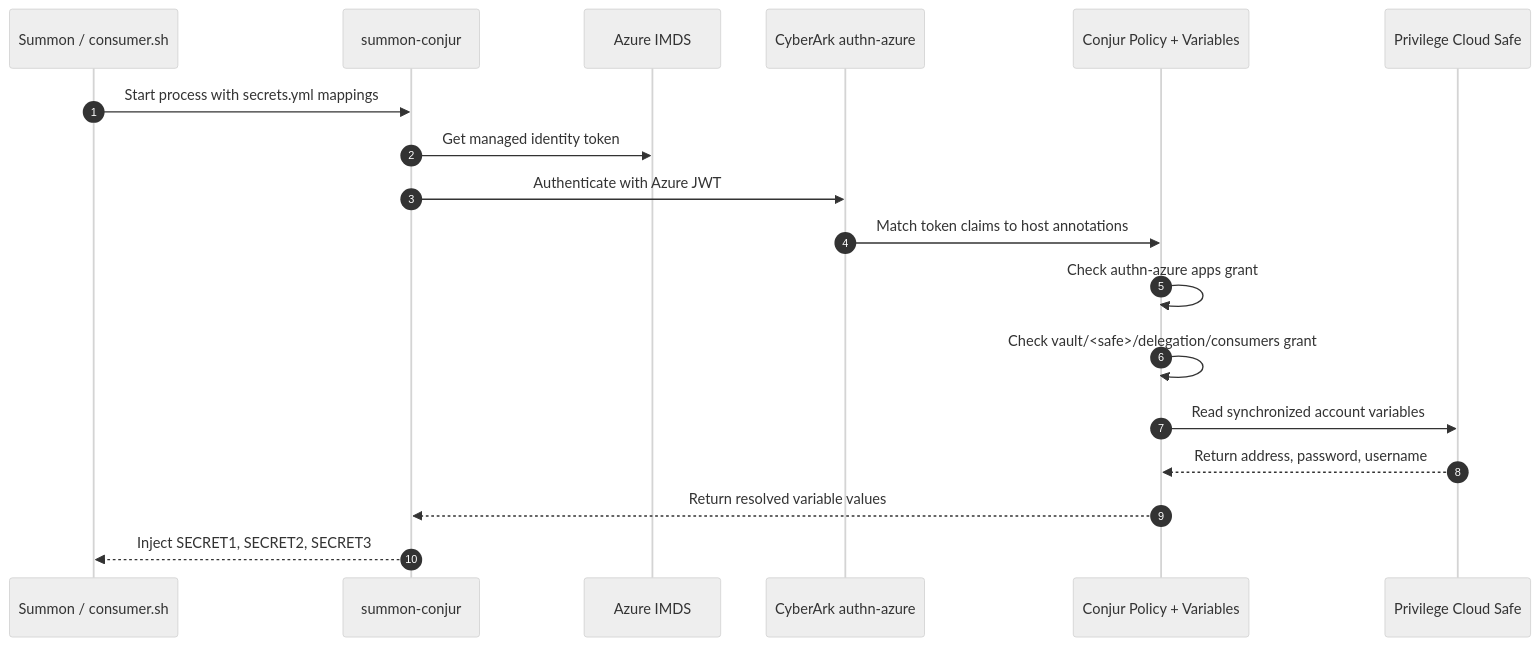
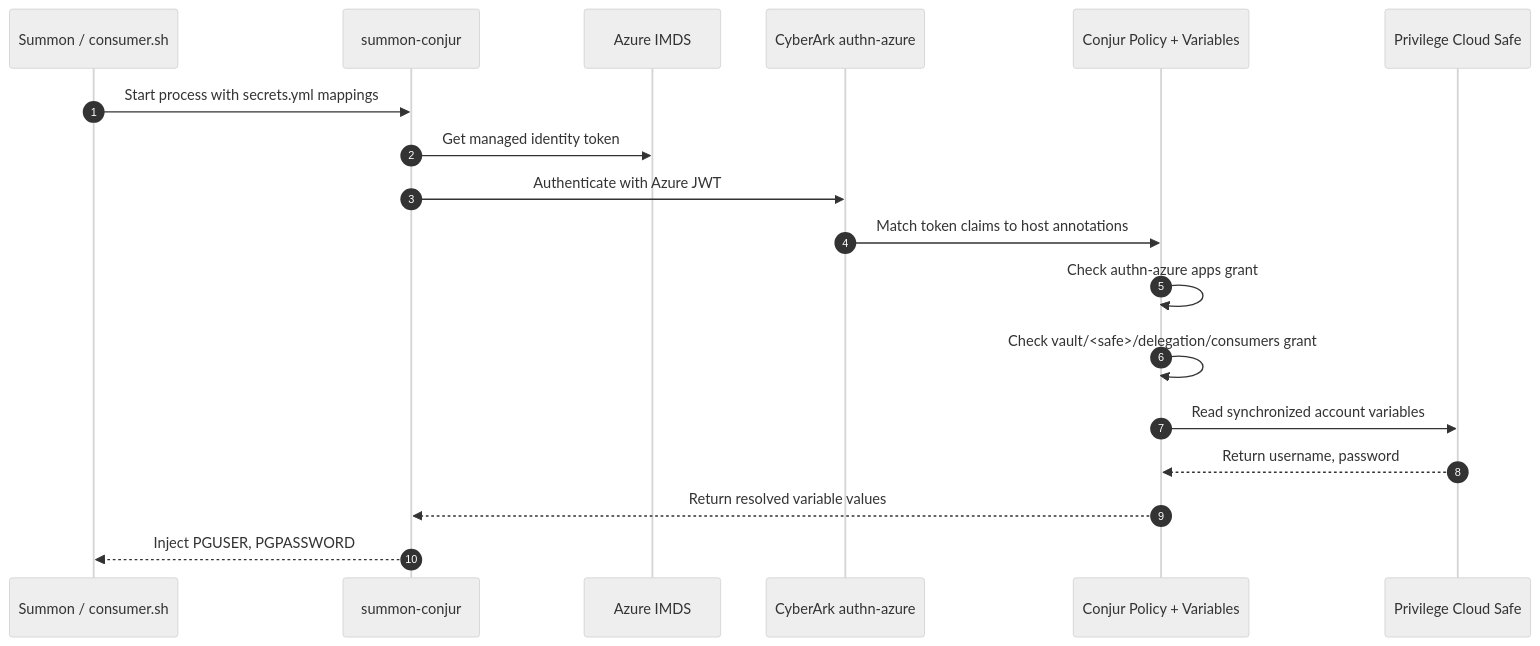
The diagram in demos/secrets_manager/summon_azure_auth/demo_validation.md (David-Lang/cybr-demos), drawn with Mermaid (neutral theme) before and after one commit. The commit also changed other lines of this file and 29 other files, not shown here.

````diff
--- a/demos/secrets_manager/summon_azure_auth/demo_validation.md
+++ b/demos/secrets_manager/summon_azure_auth/demo_validation.md
@@ -49,21 +55,21 @@
 ```mermaid
 sequenceDiagram
     autonumber
     participant App as Summon / consumer.sh
     participant Provider as summon-conjur
     participant IMDS as Azure IMDS
     participant Azure as CyberArk authn-azure
     participant Conjur as Conjur Policy + Variables
     participant Vault as Privilege Cloud Safe
 
     App->>Provider: Start process with secrets.yml mappings
     Provider->>IMDS: Get managed identity token
     Provider->>Azure: Authenticate with Azure JWT
     Azure->>Conjur: Match token claims to host annotations
     Conjur->>Conjur: Check authn-azure apps grant
     Conjur->>Conjur: Check vault/<safe>/delegation/consumers grant
     Conjur->>Vault: Read synchronized account variables
-    Vault-->>Conjur: Return address, password, username
+    Vault-->>Conjur: Return username, password
     Conjur-->>Provider: Return resolved variable values
-    Provider-->>App: Inject SECRET1, SECRET2, SECRET3
+    Provider-->>App: Inject PGUSER, PGPASSWORD
 ```
````
